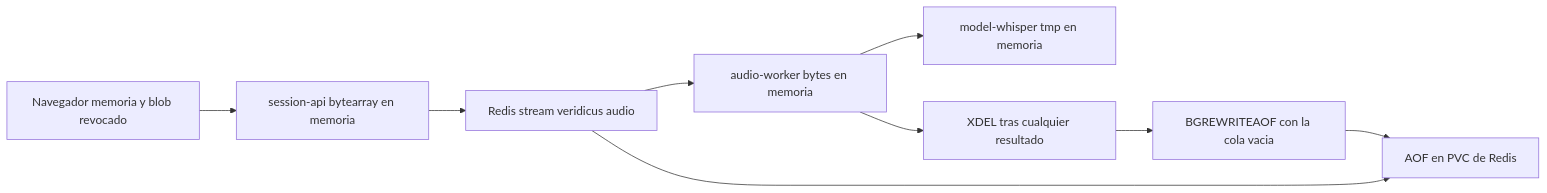
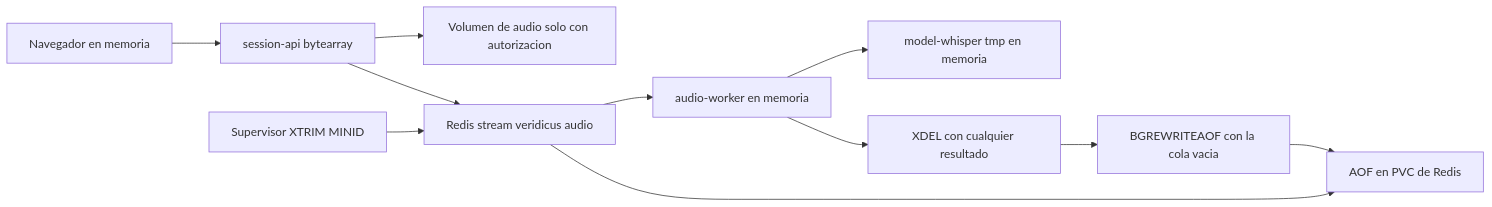
One commit to freyesJaveriana/tai changed the diagram in aidlc/spaces/default/intents/261002-veridicus-mvp/construction/voice/nfr-design/security-design.md. Above: the diagram before and after it, drawn with Mermaid. The commit also changed other lines of this file and 10 other files, not shown here.

````diff
--- a/aidlc/spaces/default/intents/261002-veridicus-mvp/construction/voice/nfr-design/security-design.md
+++ b/aidlc/spaces/default/intents/261002-veridicus-mvp/construction/voice/nfr-design/security-design.md
@@ -36,11 +61,13 @@
 ```mermaid
 flowchart LR
-  N[Navegador memoria y blob revocado] --> A[session-api bytearray en memoria]
+  N[Navegador en memoria] --> A[session-api bytearray]
+  A --> V[Volumen de audio solo con autorizacion]
   A --> R[Redis stream veridicus audio]
-  R --> W[audio-worker bytes en memoria]
+  R --> W[audio-worker en memoria]
   W --> M[model-whisper tmp en memoria]
   R --> F[AOF en PVC de Redis]
-  W --> D[XDEL tras cualquier resultado]
+  W --> D[XDEL con cualquier resultado]
+  S[Supervisor XTRIM MINID] --> R
   D --> G[BGREWRITEAOF con la cola vacia]
   G --> F
 ```
````
